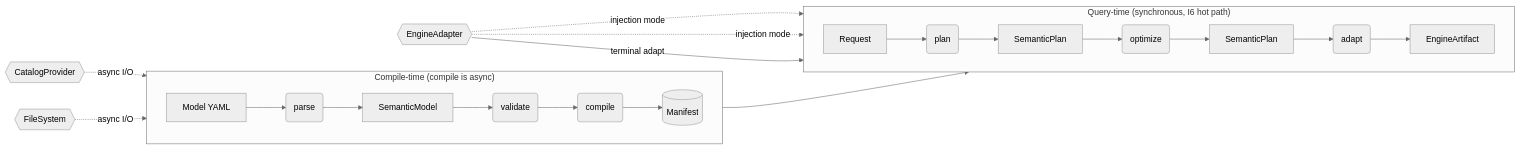
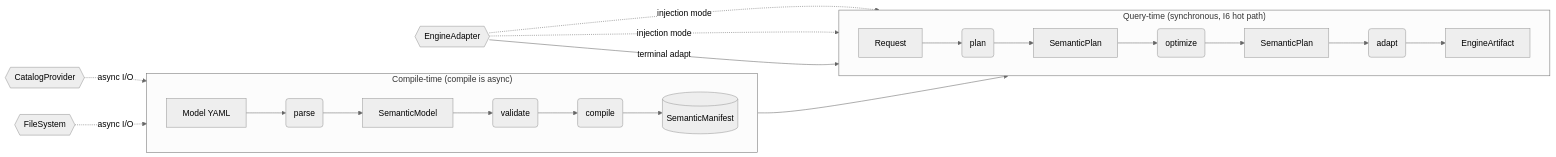
The first of 2 diagrams in docs/design/foundations/10_resolution_pipeline.md (ahmetdal-funnel/semstrait), drawn with Mermaid (neutral theme) before and after one commit. The commit also changed other lines of this file and 55 other files, not shown here.

````diff
--- a/docs/design/foundations/10_resolution_pipeline.md
+++ b/docs/design/foundations/10_resolution_pipeline.md
@@ -68,29 +68,29 @@
 ```mermaid
 flowchart LR
     subgraph CT["Compile-time (compile is async)"]
         direction LR
         Y[Model YAML] --> P(parse)
         P --> SM[SemanticModel]
         SM --> V(validate)
         V --> C(compile)
-        C --> M[(Manifest)]
+        C --> M[(SemanticManifest)]
     end
 
     subgraph QT["Query-time (synchronous, I6 hot path)"]
         direction LR
         R[Request] --> PL(plan)
         M --> PL
         PL --> SP1[SemanticPlan]
         SP1 --> O(optimize)
         O --> SP2[SemanticPlan]
         SP2 --> A(adapt)
         A --> EA[EngineArtifact]
     end
 
     CPT{{CatalogProvider}} -.->|async I/O| C
     FST{{FileSystem}} -.->|async I/O| C
 
     EAD{{EngineAdapter}} -.->|injection mode| PL
     EAD -.->|injection mode| O
     EAD -->|terminal adapt| A
 ```
````
